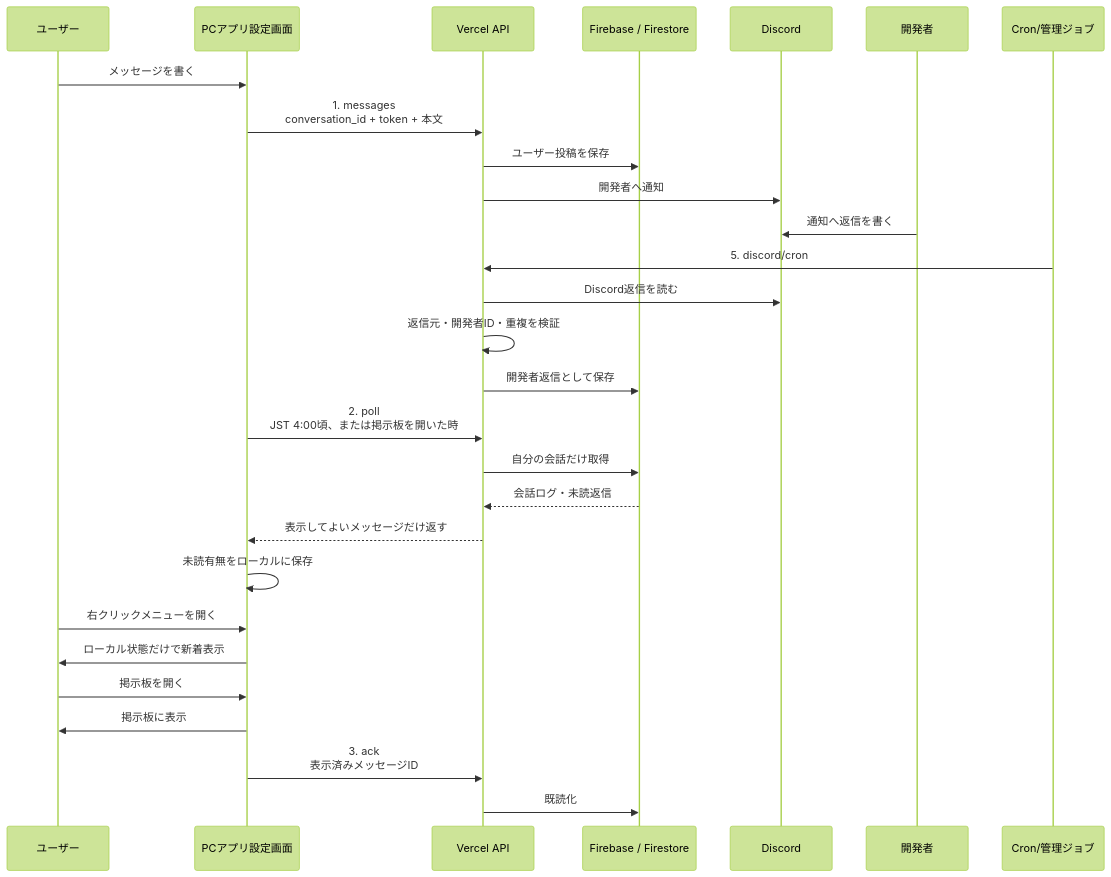
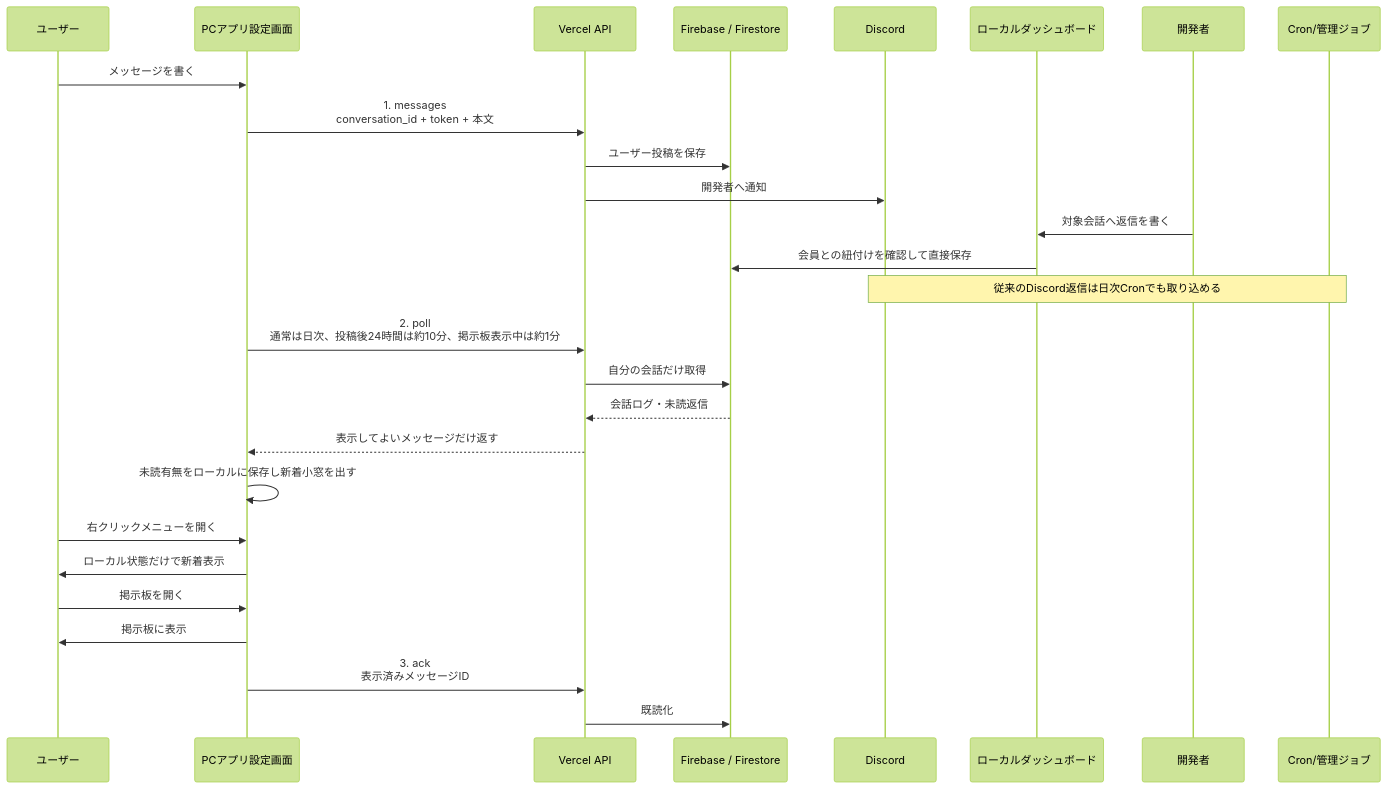
The fourth of 4 diagrams in docs-v2/007_COMMUNICATION.md (ore-no-fusen/ore-no-fusen), drawn with Mermaid (forest theme) before and after one commit. The commit also changed other lines of this file and 14 other files, not shown here.

````diff
--- a/docs-v2/007_COMMUNICATION.md
+++ b/docs-v2/007_COMMUNICATION.md
@@ -393,34 +399,33 @@
 ```mermaid
 sequenceDiagram
     participant User as ユーザー
     participant PC as PCアプリ設定画面
     participant API as Vercel API
     participant Firestore as Firebase / Firestore
     participant Discord as Discord
+    participant Dash as ローカルダッシュボード
     participant Dev as 開発者
     participant Job as Cron/管理ジョブ
 
     User->>PC: メッセージを書く
     PC->>API: 1. messages<br>conversation_id + token + 本文
     API->>Firestore: ユーザー投稿を保存
     API->>Discord: 開発者へ通知
 
-    Dev->>Discord: 通知へ返信を書く
-    Job->>API: 5. discord/cron
-    API->>Discord: Discord返信を読む
-    API->>API: 返信元・開発者ID・重複を検証
-    API->>Firestore: 開発者返信として保存
+    Dev->>Dash: 対象会話へ返信を書く
+    Dash->>Firestore: 会員との紐付けを確認して直接保存
+    Note over Job,Discord: 従来のDiscord返信は日次Cronでも取り込める
 
-    PC->>API: 2. poll<br>JST 4:00頃、または掲示板を開いた時
+    PC->>API: 2. poll<br>通常は日次、投稿後24時間は約10分、掲示板表示中は約1分
     API->>Firestore: 自分の会話だけ取得
     Firestore-->>API: 会話ログ・未読返信
     API-->>PC: 表示してよいメッセージだけ返す
-    PC->>PC: 未読有無をローカルに保存
+    PC->>PC: 未読有無をローカルに保存し新着小窓を出す
     User->>PC: 右クリックメニューを開く
     PC->>User: ローカル状態だけで新着表示
     User->>PC: 掲示板を開く
     PC->>User: 掲示板に表示
 
     PC->>API: 3. ack<br>表示済みメッセージID
     API->>Firestore: 既読化
 ```
````
